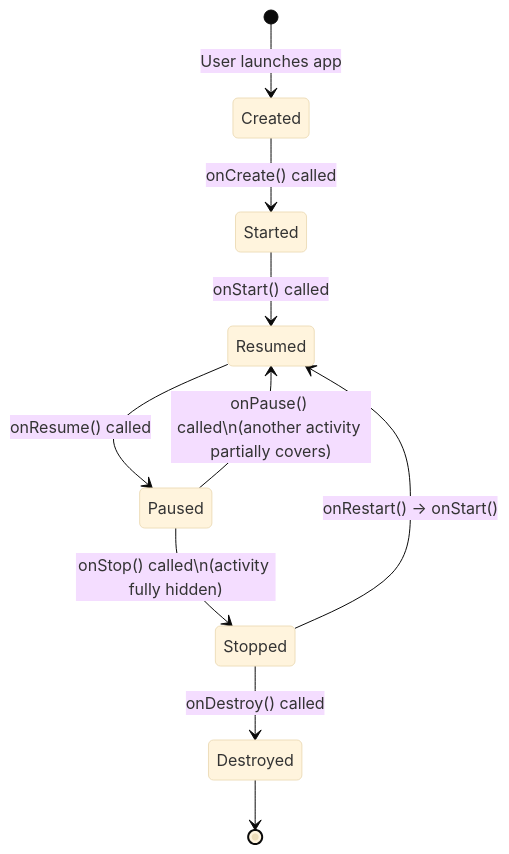
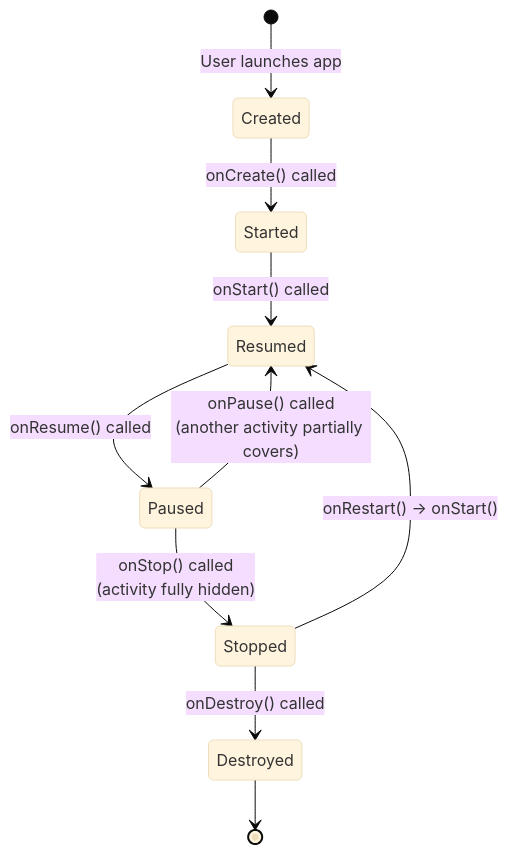
Before and after one commit to amitdevx/TY: the third of 3 diagrams in 02-Semester-VI/CS-357-MJ-T-Android-Programming/Unit-1.md, drawn with Mermaid (base theme). The commit also changed other lines of this file and 186 other files, not shown here.

````diff
--- a/02-Semester-VI/CS-357-MJ-T-Android-Programming/Unit-1.md
+++ b/02-Semester-VI/CS-357-MJ-T-Android-Programming/Unit-1.md
@@ -300,12 +303,12 @@
 ```mermaid
 stateDiagram-v2
     [*] --> Created: User launches app
     Created --> Started: onCreate() called
     Started --> Resumed: onStart() called
     Resumed --> Paused: onResume() called
-    Paused --> Resumed: onPause() called\n(another activity partially covers)
-    Paused --> Stopped: onStop() called\n(activity fully hidden)
+    Paused --> Resumed: onPause() called<br/>(another activity partially covers)
+    Paused --> Stopped: onStop() called<br/>(activity fully hidden)
     Stopped --> Resumed: onRestart() → onStart()
     Stopped --> Destroyed: onDestroy() called
     Destroyed --> [*]
 ```
````
